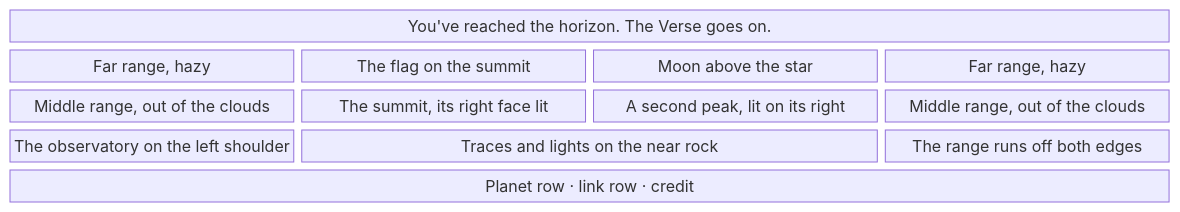
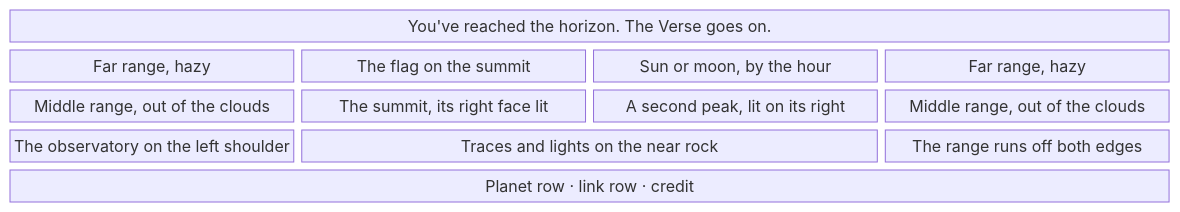
The third of 3 diagrams in content/docs/maintain/app-flow/himalayan-horizon.mdx (nepal-dev-com/docs.nepal-dev.com), drawn with Mermaid before and after one commit. The commit also changed other lines of this file and 35 other files, not shown here.

Commit message:
sun and moon position dynamic in horizon

````diff
--- a/content/docs/maintain/app-flow/himalayan-horizon.mdx
+++ b/content/docs/maintain/app-flow/himalayan-horizon.mdx
@@ -82,9 +83,9 @@
 ```mermaid
 block-beta
   columns 4
   closing["You've reached the horizon. The Verse goes on."]:4
-  far["Far range, hazy"] flag["The flag on the summit"] star["Moon above the star"] far2["Far range, hazy"]
+  far["Far range, hazy"] flag["The flag on the summit"] body["Sun or moon, by the hour"] far2["Far range, hazy"]
   mid["Middle range, out of the clouds"] peak["The summit, its right face lit"] shoulder["A second peak, lit on its right"] mid2["Middle range, out of the clouds"]
   obs["The observatory on the left shoulder"] rock["Traces and lights on the near rock"]:2 slope["The range runs off both edges"]
   surface["Planet row · link row · credit"]:4
 ```
````
